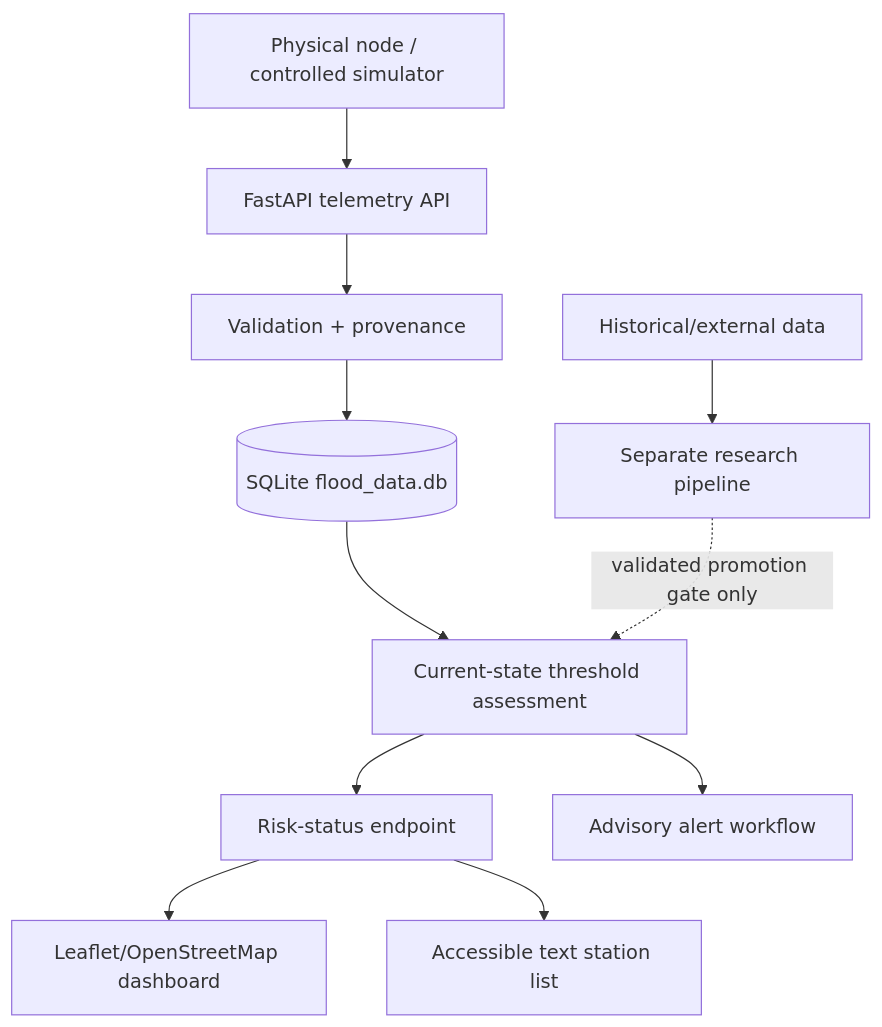
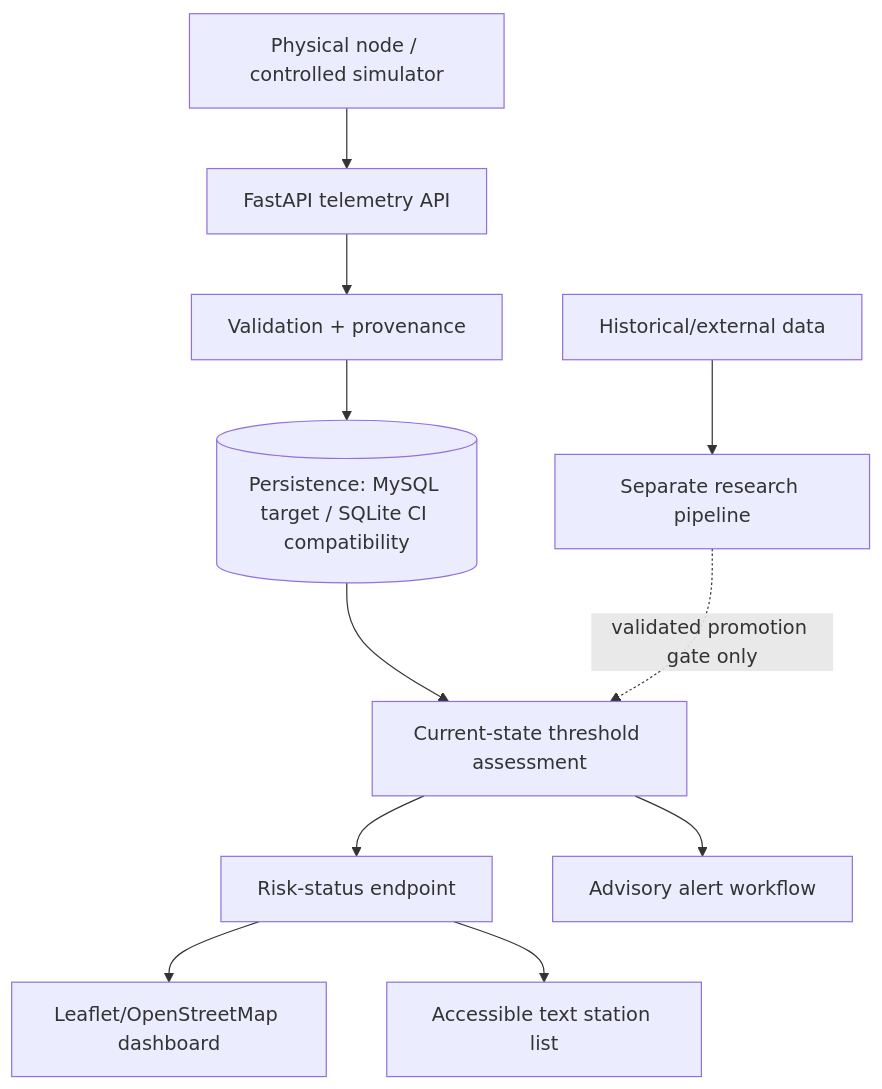
Before and after one commit to AjStyles20/flood-early-warning-system: the diagram in files/docs/chapter_three_implementation_draft.md, drawn with Mermaid. The commit also changed other lines of this file, not shown here.

Commit message:
docs: integrate literature-derived architecture and synchronize design baseline

````diff
--- a/files/docs/chapter_three_implementation_draft.md
+++ b/files/docs/chapter_three_implementation_draft.md
@@ -36,13 +40,13 @@
 ```mermaid
 flowchart TD
     Sensor[Physical node / controlled simulator] --> API[FastAPI telemetry API]
     API --> Validation[Validation + provenance]
-    Validation --> DB[(SQLite flood_data.db)]
+    Validation --> DB[(Persistence: MySQL target / SQLite CI compatibility)]
     DB --> Risk[Current-state threshold assessment]
     Risk --> Status[Risk-status endpoint]
     Status --> Dashboard[Leaflet/OpenStreetMap dashboard]
     Status --> TextList[Accessible text station list]
     Risk --> Alerts[Advisory alert workflow]
     External[Historical/external data] --> Research[Separate research pipeline]
     Research -. validated promotion gate only .-> Risk
 ```
````
